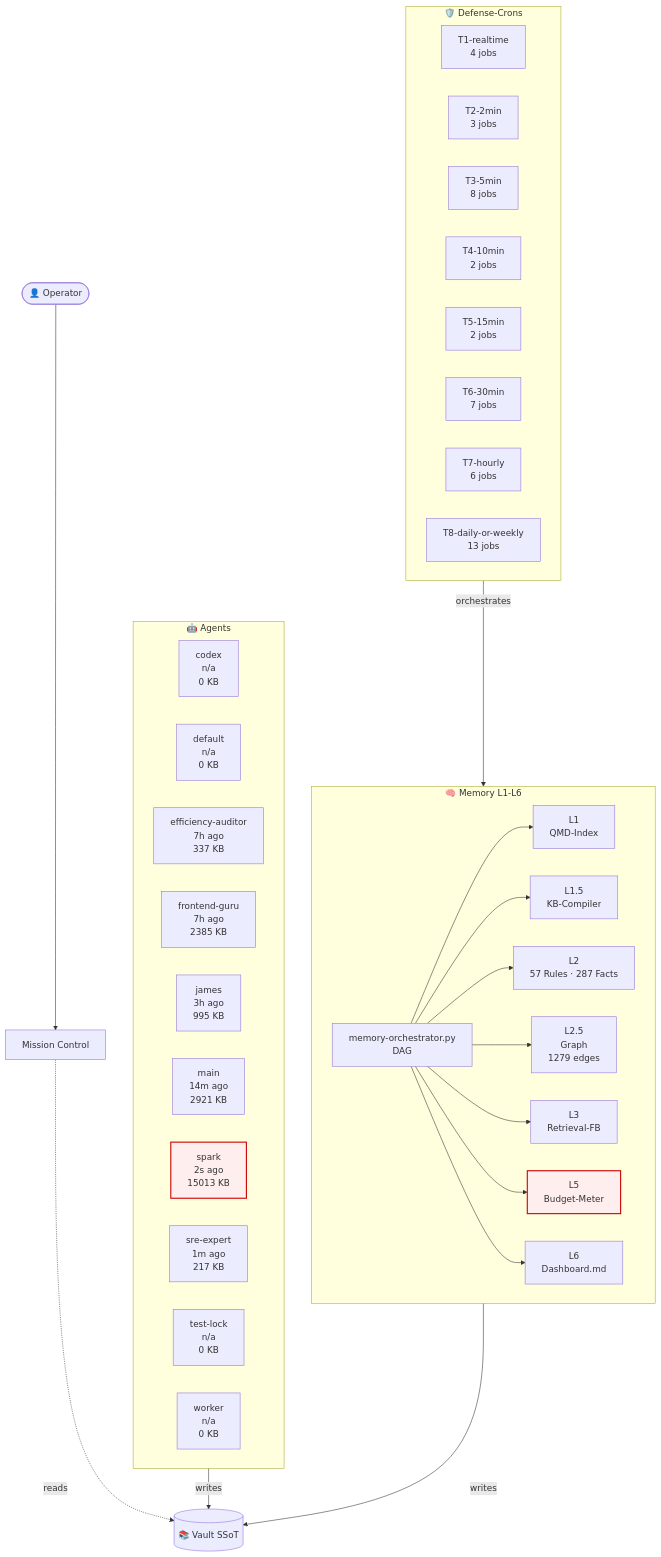
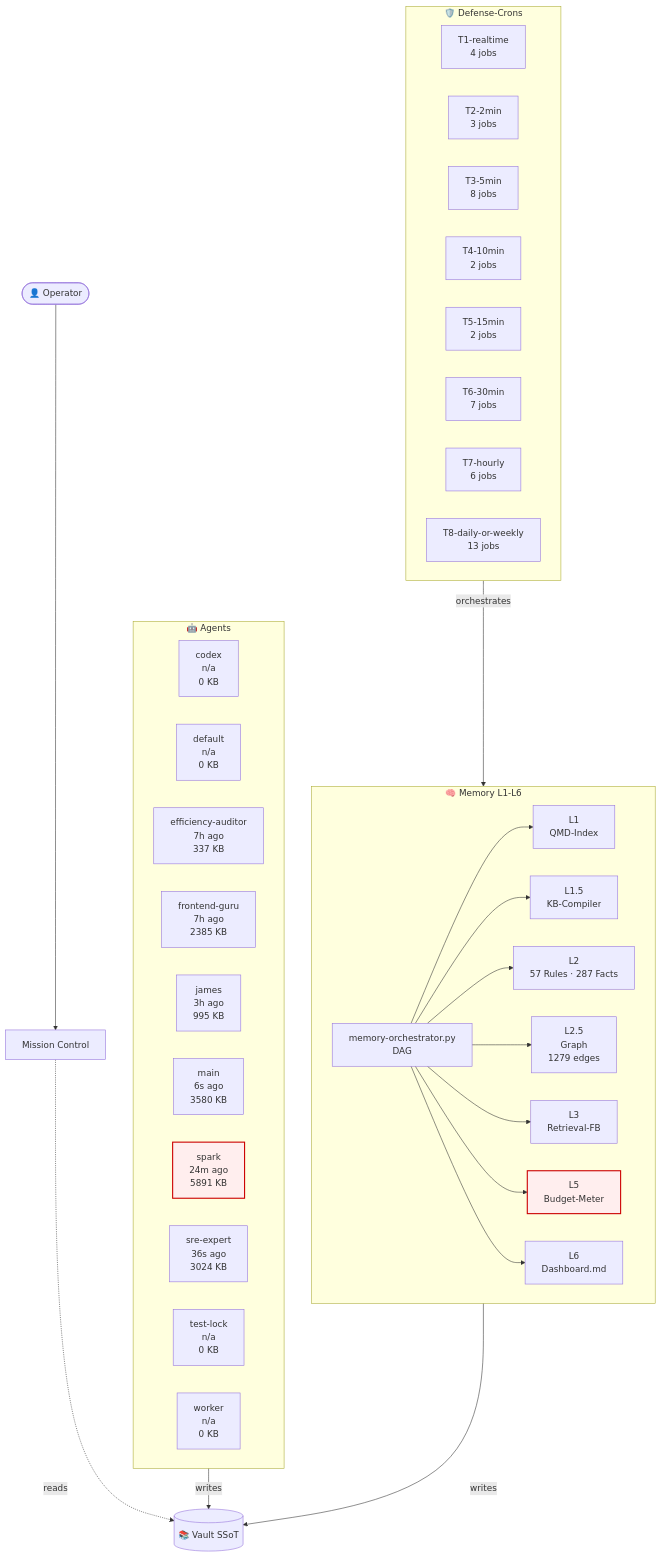
One commit to lenardhuebner88-rgb/openclaw-memory changed the diagram in 03-Agents/architecture-live.md. Above: the diagram before and after it, drawn with Mermaid. The commit also changed other lines of this file and 18 other files, not shown here.

````diff
--- a/03-Agents/architecture-live.md
+++ b/03-Agents/architecture-live.md
@@ -18,53 +18,53 @@
 ```mermaid
 flowchart TB
     classDef critical fill:#fee,stroke:#c00,stroke-width:2px;
     subgraph AGT["🤖 Agents"]
         agent_codex["codex<br/>n/a<br/>0 KB"]
         agent_default["default<br/>n/a<br/>0 KB"]
         agent_efficiency_auditor["efficiency-auditor<br/>7h ago<br/>337 KB"]
         agent_frontend_guru["frontend-guru<br/>7h ago<br/>2385 KB"]
         agent_james["james<br/>3h ago<br/>995 KB"]
-        agent_main["main<br/>14m ago<br/>2921 KB"]
-        agent_spark["spark<br/>2s ago<br/>15013 KB"]
-        agent_sre_expert["sre-expert<br/>1m ago<br/>217 KB"]
+        agent_main["main<br/>6s ago<br/>3580 KB"]
+        agent_spark["spark<br/>24m ago<br/>5891 KB"]
+        agent_sre_expert["sre-expert<br/>36s ago<br/>3024 KB"]
         agent_test_lock["test-lock<br/>n/a<br/>0 KB"]
         agent_worker["worker<br/>n/a<br/>0 KB"]
     end
     subgraph MEM["🧠 Memory L1-L6"]
         L1["L1<br/>QMD-Index"]
         L15["L1.5<br/>KB-Compiler"]
         L2["L2<br/>57 Rules · 287 Facts"]
         L25["L2.5<br/>Graph<br/>1279 edges"]
         L3["L3<br/>Retrieval-FB"]
         L5["L5<br/>Budget-Meter"]
         L6["L6<br/>Dashboard.md"]
         ORCH["memory-orchestrator.py<br/>DAG"]
     end
     subgraph CRN["🛡️ Defense-Crons"]
         tier_T1_realtime["T1-realtime<br/>4 jobs"]
         tier_T2_2min["T2-2min<br/>3 jobs"]
         tier_T3_5min["T3-5min<br/>8 jobs"]
         tier_T4_10min["T4-10min<br/>2 jobs"]
         tier_T5_15min["T5-15min<br/>2 jobs"]
         tier_T6_30min["T6-30min<br/>7 jobs"]
         tier_T7_hourly["T7-hourly<br/>6 jobs"]
         tier_T8_daily_or_weekly["T8-daily-or-weekly<br/>13 jobs"]
     end
     VAULT[("📚 Vault SSoT")]
     OP([👤 Operator])
     MC["Mission Control"]
     OP --> MC
     MC -.reads.-> VAULT
     AGT -->|writes| VAULT
     MEM -->|writes| VAULT
     ORCH --> L1
     ORCH --> L15
     ORCH --> L2
     ORCH --> L25
     ORCH --> L3
     ORCH --> L5
     ORCH --> L6
     CRN -->|orchestrates| MEM
     class L5 critical
     class agent_spark critical
 ```
````
